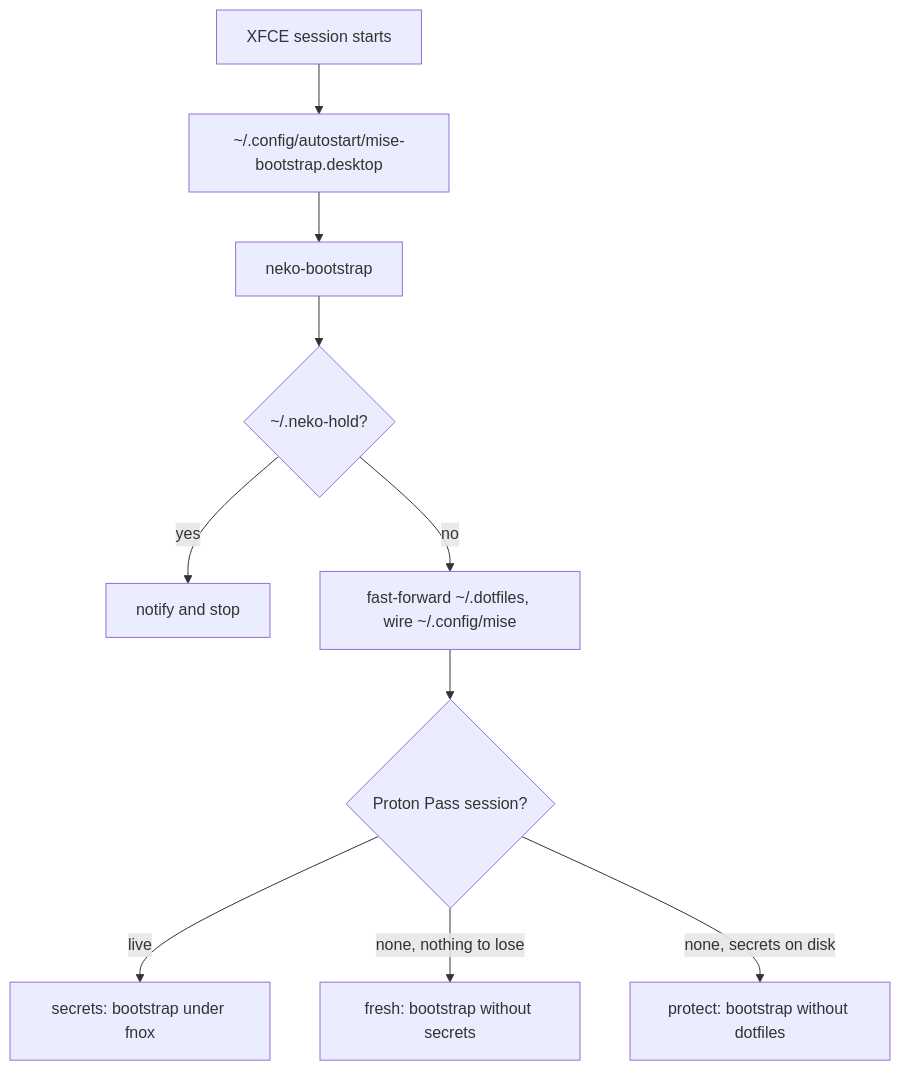
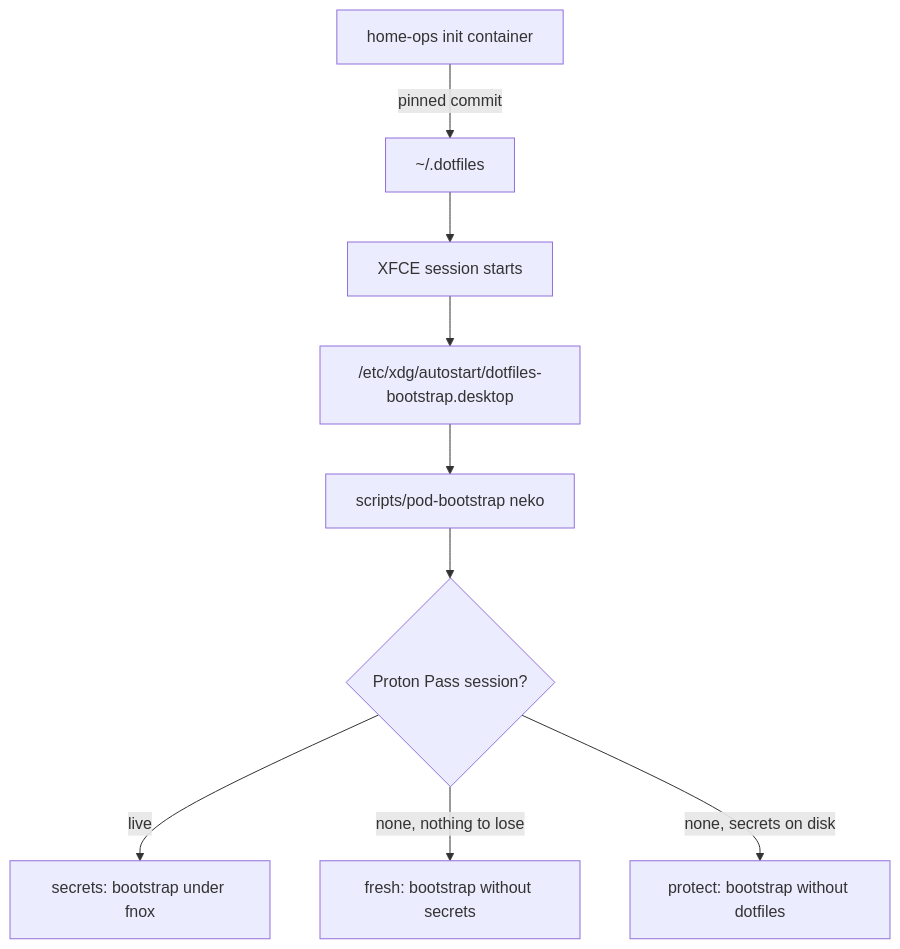
One commit to h-wb/dotfiles changed the diagram in conf.d/neko/README.md. Above: the diagram before and after it, drawn with Mermaid. The commit also changed other lines of this file and 38 other files, not shown here.

````diff
--- a/conf.d/neko/README.md
+++ b/conf.d/neko/README.md
@@ -27,12 +27,11 @@
 ```mermaid
 flowchart TD
-  S[XFCE session starts] --> A["~/.config/autostart/mise-bootstrap.desktop"]
-  A --> B[neko-bootstrap]
-  B --> H{"~/.neko-hold?"}
-  H -->|yes| N[notify and stop]
-  H -->|no| P[fast-forward ~/.dotfiles, wire ~/.config/mise]
-  P --> M{Proton Pass session?}
+  I["home-ops init container"] -->|pinned commit| D["~/.dotfiles"]
+  D --> S[XFCE session starts]
+  S --> A["/etc/xdg/autostart/dotfiles-bootstrap.desktop"]
+  A --> B["scripts/pod-bootstrap neko"]
+  B --> M{Proton Pass session?}
   M -->|live| SE[secrets: bootstrap under fnox]
   M -->|none, nothing to lose| FR[fresh: bootstrap without secrets]
   M -->|none, secrets on disk| PR[protect: bootstrap without dotfiles]
 ```
````
